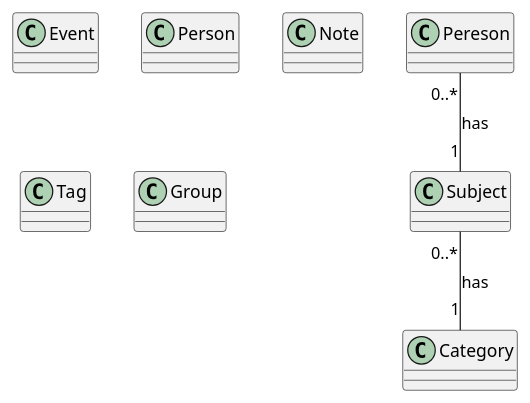
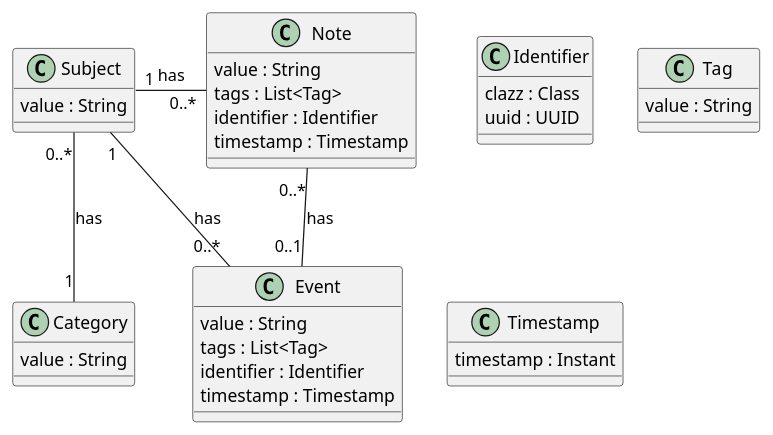
The diagram in common/docs/model.puml (codeheadsystems/motif), drawn with PlantUML before and after one commit. The commit also changed 6 other files, not shown here.

```diff
--- a/common/docs/model.puml
+++ b/common/docs/model.puml
@@ -1,12 +1,36 @@
 @startuml
-class Event
-class Person
-class Subject
-class Category
-class Note
-class Tag
-class Group
+
+class Identifier {
+  clazz : Class
+  uuid : UUID
+}
+class Category {
+  value : String
+}
+class Tag {
+  value : String
+}
+class Timestamp {
+  timestamp : Instant
+}
+class Subject {
+  value : String
+}
+class Event {
+  value : String
+  tags : List<Tag>
+  identifier : Identifier
+  timestamp : Timestamp
+}
+class Note {
+  value : String
+  tags : List<Tag>
+  identifier : Identifier
+  timestamp : Timestamp
+}
 
 Subject "0..*" -- "1" Category : has
-Pereson "0..*" -- "1" Subject : has
+Event "0..*" -- "1" Subject : has
+Note "0..*" -left- "1" Subject : has
+Note "0..*" -down- "0..1" Event : has
 @enduml
```
